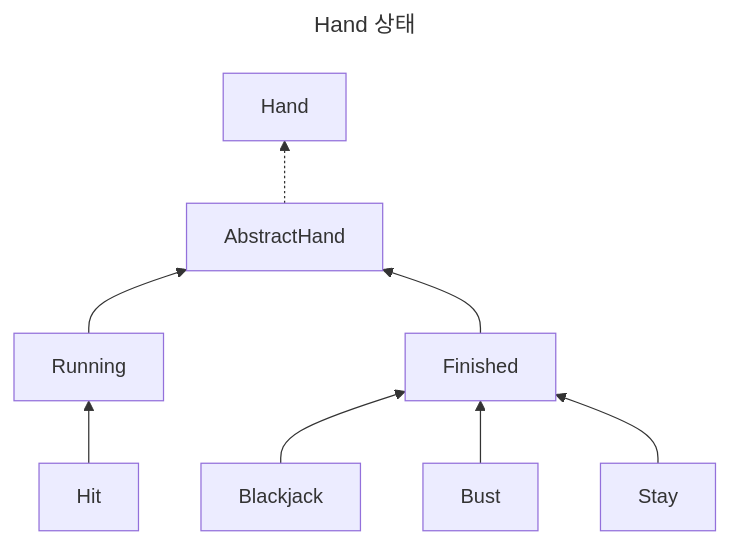
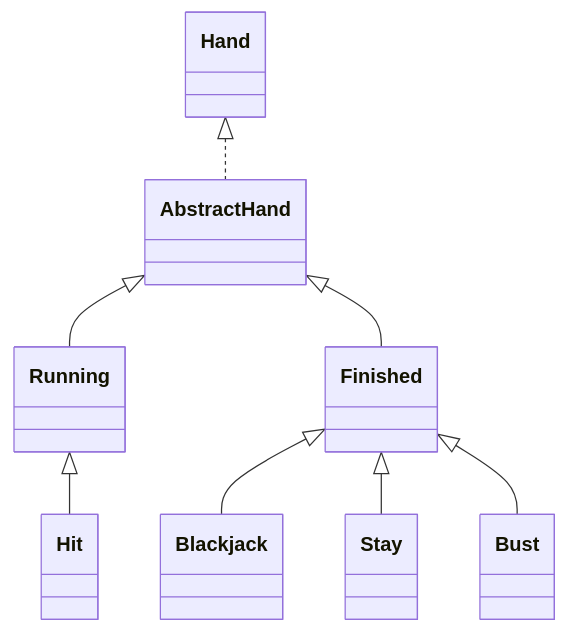
Before and after one commit to woowacourse/java-blackjack: the second of 2 diagrams in README.md, drawn with Mermaid.

Commit message:
docs: Hand관련 다이어그램 수정

````diff
--- a/README.md
+++ b/README.md
@@ -37,14 +37,11 @@
 ```mermaid
----
-title: Hand 상태
----
-flowchart BT
-    AbstractHand -.-> Hand
-    Running --> AbstractHand
-    Finished --> AbstractHand
-    Hit --> Running
-    Blackjack --> Finished
-    Bust --> Finished
-    Stay --> Finished
+classDiagram
+    Hand <|.. AbstractHand
+    AbstractHand <|-- Running
+    AbstractHand <|-- Finished
+    Running <|-- Hit
+    Finished <|-- Blackjack
+    Finished <|-- Stay
+    Finished <|-- Bust
     
 ```
````
